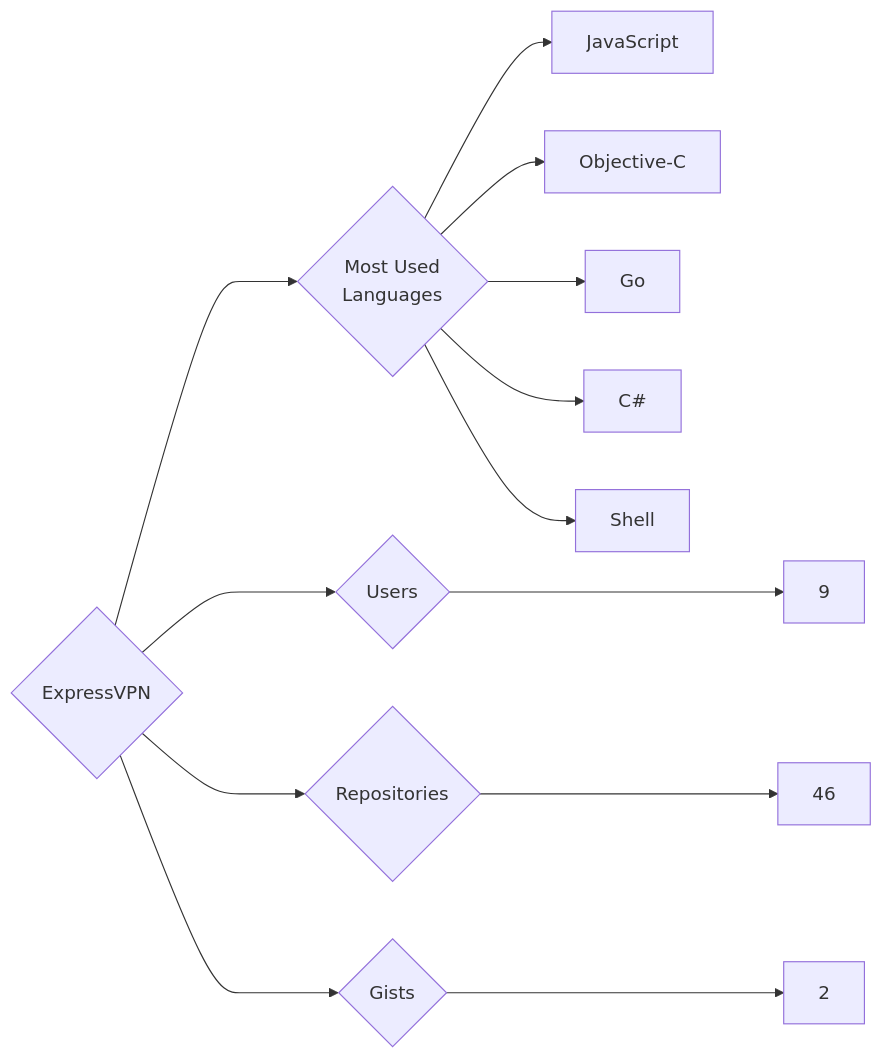
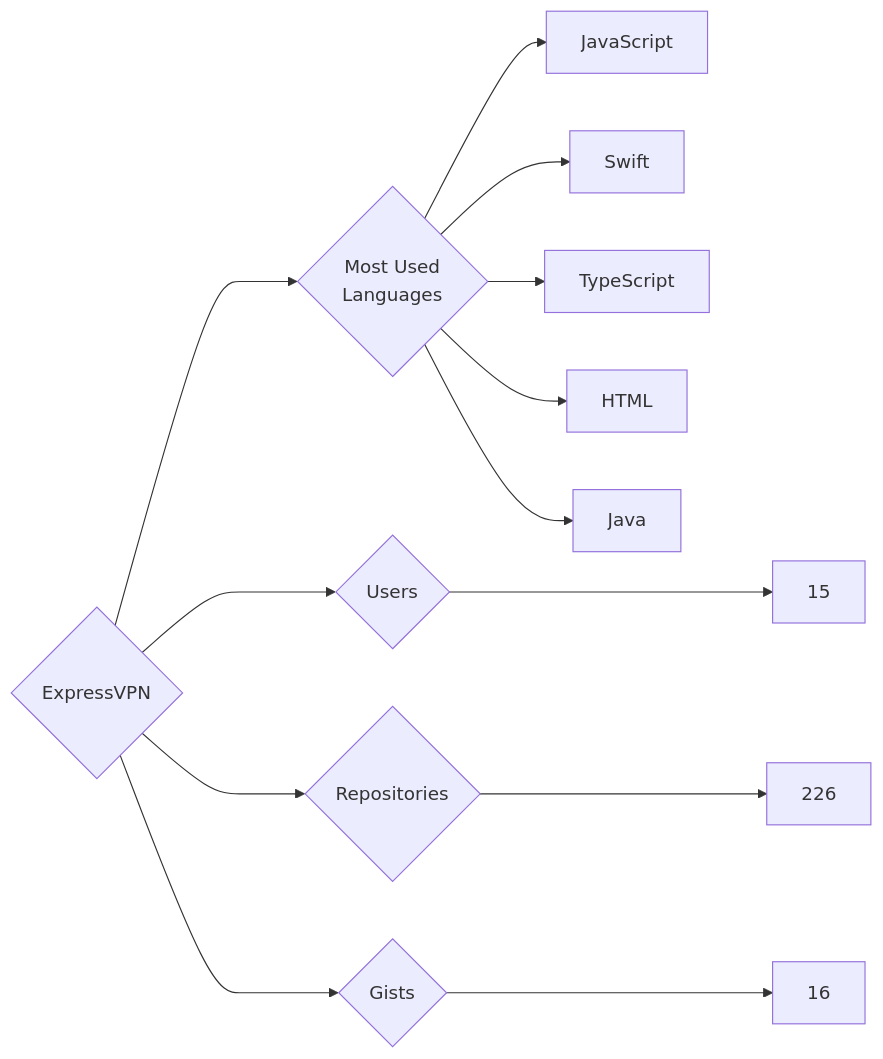
The diagram in targets/ExpressVPN/README.md (trickest/insiders), drawn with Mermaid before and after one commit. The commit also changed 1314 other files, not shown here.

````diff
--- a/targets/ExpressVPN/README.md
+++ b/targets/ExpressVPN/README.md
@@ -3,13 +3,13 @@
 ```mermaid
 graph LR
 COMPANY_NAME{ExpressVPN}
-COMPANY_NAME ---> U{Users} ---> UN[9]
-COMPANY_NAME ---> R{Repositories} ---> RN[46]
-COMPANY_NAME ---> G{Gists} ---> GN[2]
+COMPANY_NAME ---> U{Users} ---> UN[15]
+COMPANY_NAME ---> R{Repositories} ---> RN[226]
+COMPANY_NAME ---> G{Gists} ---> GN[16]
 COMPANY_NAME ---> ML{Most Used<br>Languages}
 ML --> JavaScript[JavaScript]
-ML --> Objective-C[Objective-C]
-ML --> Go[Go]
-ML --> C#[C#]
-ML --> Shell[Shell]
+ML --> Swift[Swift]
+ML --> TypeScript[TypeScript]
+ML --> HTML[HTML]
+ML --> Java[Java]
 ```
````
